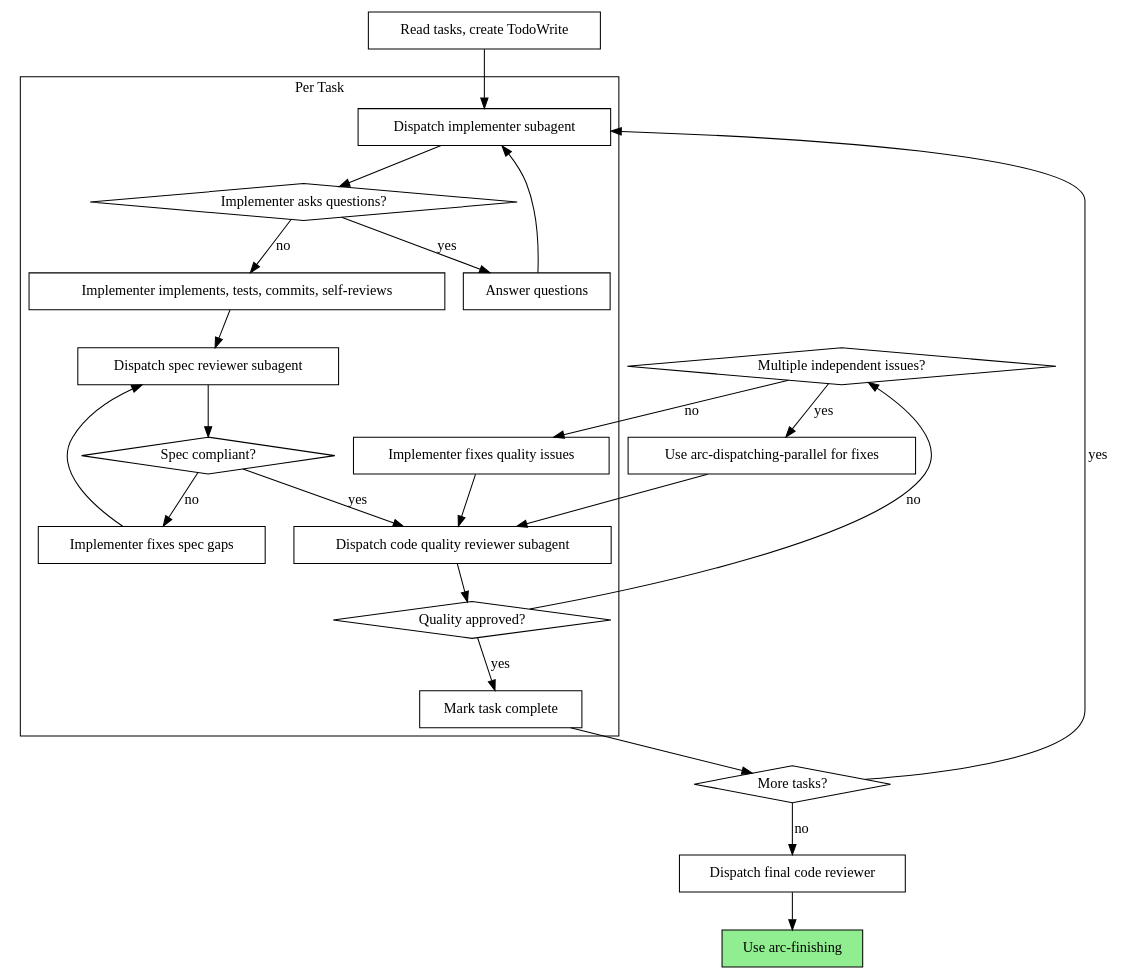
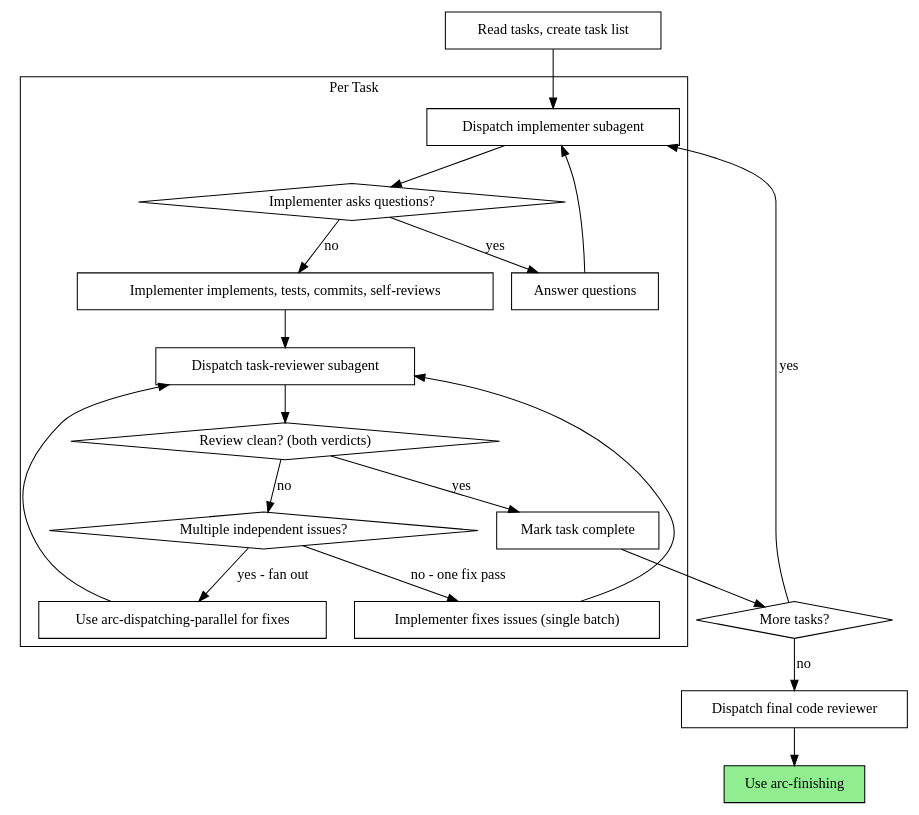
The second of 2 diagrams in skills/arc-agent-driven/SKILL.md (GregoryHo/arcforge), drawn with Graphviz before and after one commit. The commit also changed other lines of this file and 99 other files, not shown here.

````diff
--- a/skills/arc-agent-driven/SKILL.md
+++ b/skills/arc-agent-driven/SKILL.md
@@ -40,49 +40,42 @@
 ```dot
 digraph process {
     rankdir=TB;
 
     subgraph cluster_per_task {
         label="Per Task";
         "Dispatch implementer subagent" [shape=box];
         "Implementer asks questions?" [shape=diamond];
         "Answer questions" [shape=box];
         "Implementer implements, tests, commits, self-reviews" [shape=box];
-        "Dispatch spec reviewer subagent" [shape=box];
-        "Spec compliant?" [shape=diamond];
-        "Implementer fixes spec gaps" [shape=box];
-        "Dispatch code quality reviewer subagent" [shape=box];
-        "Quality approved?" [shape=diamond];
-        "Implementer fixes quality issues" [shape=box];
+        "Dispatch task-reviewer subagent" [shape=box];
+        "Review clean? (both verdicts)" [shape=diamond];
+        "Multiple independent issues?" [shape=diamond];
+        "Use arc-dispatching-parallel for fixes" [shape=box];
+        "Implementer fixes issues (single batch)" [shape=box];
         "Mark task complete" [shape=box];
     }
 
-    "Read tasks, create TodoWrite" [shape=box];
+    "Read tasks, create task list" [shape=box];
     "More tasks?" [shape=diamond];
-    "Multiple independent issues?" [shape=diamond];
-    "Use arc-dispatching-parallel for fixes" [shape=box];
     "Dispatch final code reviewer" [shape=box];
     "Use arc-finishing" [shape=box style=filled fillcolor=lightgreen];
 
-    "Read tasks, create TodoWrite" -> "Dispatch implementer subagent";
+    "Read tasks, create task list" -> "Dispatch implementer subagent";
     "Dispatch implementer subagent" -> "Implementer asks questions?";
     "Implementer asks questions?" -> "Answer questions" [label="yes"];
     "Answer questions" -> "Dispatch implementer subagent";
     "Implementer asks questions?" -> "Implementer implements, tests, commits, self-reviews" [label="no"];
-    "Implementer implements, tests, commits, self-reviews" -> "Dispatch spec reviewer subagent";
-    "Dispatch spec reviewer subagent" -> "Spec compliant?";
-    "Spec compliant?" -> "Implementer fixes spec gaps" [label="no"];
-    "Implementer fixes spec gaps" -> "Dispatch spec reviewer subagent";
-    "Spec compliant?" -> "Dispatch code quality reviewer subagent" [label="yes"];
-    "Dispatch code quality reviewer subagent" -> "Quality approved?";
-    "Quality approved?" -> "Multiple independent issues?" [label="no"];
-    "Multiple independent issues?" -> "Use arc-dispatching-parallel for fixes" [label="yes"];
-    "Multiple independent issues?" -> "Implementer fixes quality issues" [label="no"];
-    "Use arc-dispatching-parallel for fixes" -> "Dispatch code quality reviewer subagent";
-    "Implementer fixes quality issues" -> "Dispatch code quality reviewer subagent";
-    "Quality approved?" -> "Mark task complete" [label="yes"];
+    "Implementer implements, tests, commits, self-reviews" -> "Dispatch task-reviewer subagent";
+    "Dispatch task-reviewer subagent" -> "Review clean? (both verdicts)";
+    "Review clean? (both verdicts)" -> "Multiple independent issues?" [label="no"];
+    "Multiple independent issues?" -> "Use arc-dispatching-parallel for fixes" [label="yes - fan out"];
+    "Multiple independent issues?" -> "Implementer fixes issues (single batch)" [label="no - one fix pass"];
+    "Use arc-dispatching-parallel for fixes" -> "Dispatch task-reviewer subagent";
+    "Implementer fixes issues (single batch)" -> "Dispatch task-reviewer subagent";
+    "Review clean? (both verdicts)" -> "Mark task complete" [label="yes"];
     "Mark task complete" -> "More tasks?";
     "More tasks?" -> "Dispatch implementer subagent" [label="yes"];
     "More tasks?" -> "Dispatch final code reviewer" [label="no"];
     "Dispatch final code reviewer" -> "Use arc-finishing";
 }
 ```
````
